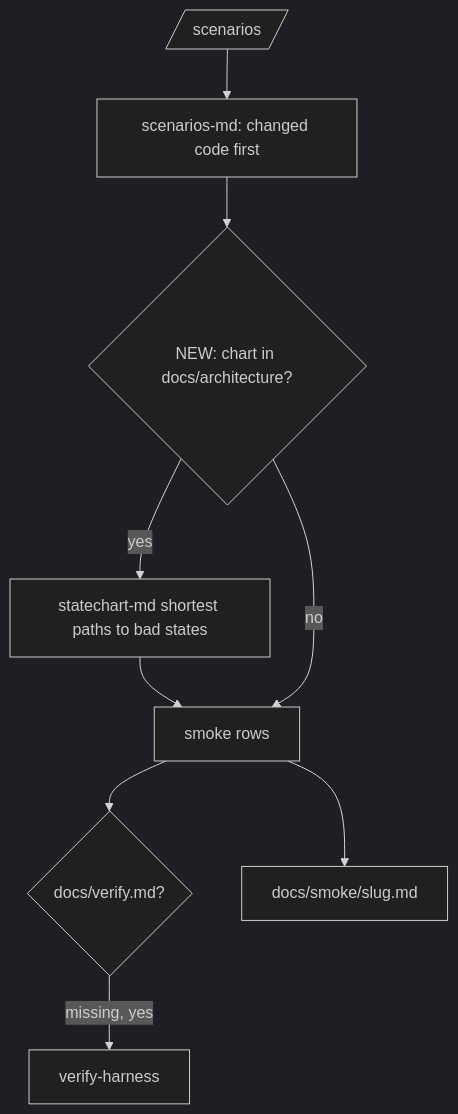
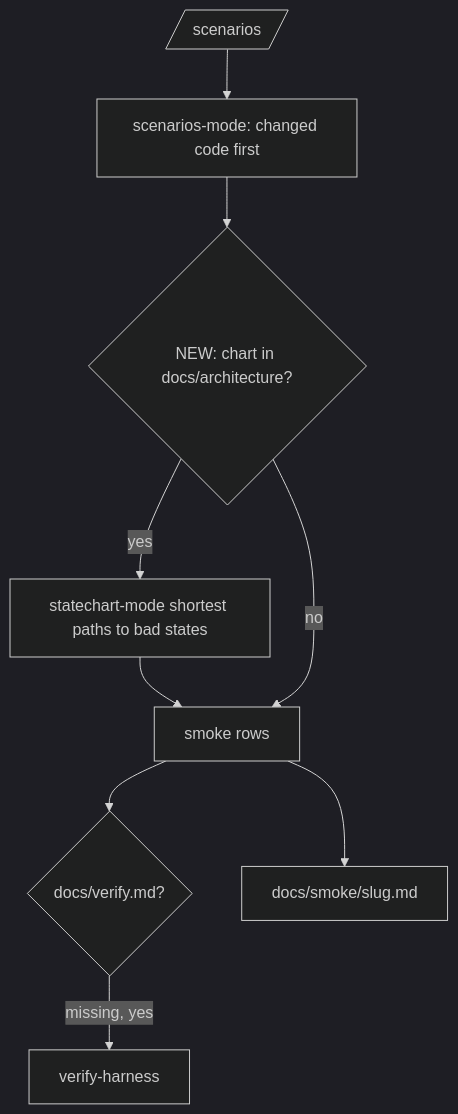
Before and after one commit to svennijhuis/agentPacks: the third of 6 diagrams in docs/pbi/squad/FLOWS.md, drawn with Mermaid (dark theme). The commit also changed other lines of this file and 27 other files, not shown here.

Commit message:
docs(pbi/squad): hubs renamed to poteto style -mode (squad-mode, pack-author-mode, pack-check-mode, statechart-mode, scenarios-mode, security-audit-mode); old -md dirs move with pointer until GA07; today paths keep main names

````diff
--- a/docs/pbi/squad/FLOWS.md
+++ b/docs/pbi/squad/FLOWS.md
@@ -109,11 +109,11 @@
 ```mermaid
 flowchart TD
-  C[/scenarios/] --> S[scenarios-md: changed code first]
+  C[/scenarios/] --> S[scenarios-mode: changed code first]
   S --> CH{NEW: chart in docs/architecture?}
-  CH -->|yes| SP[statechart-md shortest paths to bad states]
+  CH -->|yes| SP[statechart-mode shortest paths to bad states]
   SP --> ROWS[smoke rows]
   CH -->|no| ROWS
   ROWS --> VH{docs/verify.md?}
   VH -->|missing, yes| H[verify-harness]
   ROWS --> OUT[docs/smoke/slug.md]
 ```
````
